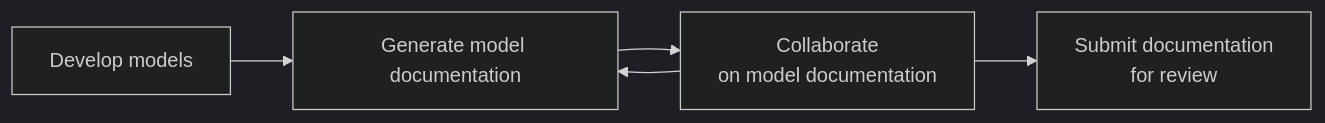
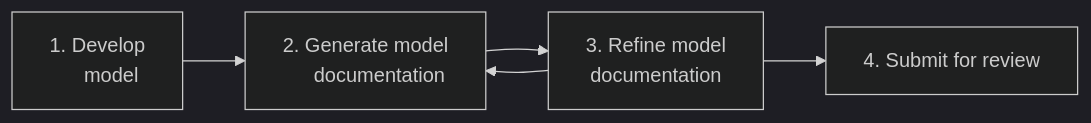
The diagram in site/guide/get-started-developer-framework.qmd (validmind/documentation), drawn with Mermaid (dark theme) before and after one commit. The commit also changed other lines of this file and 7 other files, not shown here.

````diff
--- a/site/guide/get-started-developer-framework.qmd
+++ b/site/guide/get-started-developer-framework.qmd
@@ -24,7 +65,7 @@
 ```{mermaid}
 graph LR
-    A[Develop models] --> B[Generate model documentation]
-    B --> C[Collaborate<br>on model documentation]
-    C --> D[Submit documentation<br>for review]
+    A[1. Develop<br>&nbsp;&nbsp;&nbsp;&nbsp;&nbsp;model] --> B[2. Generate model<br>&nbsp;&nbsp;&nbsp;&nbsp;&nbsp;documentation]
+    B --> C[3. Refine model<br>    documentation]
+    C --> D[4. Submit for review]
     C --> B
 ```
````
